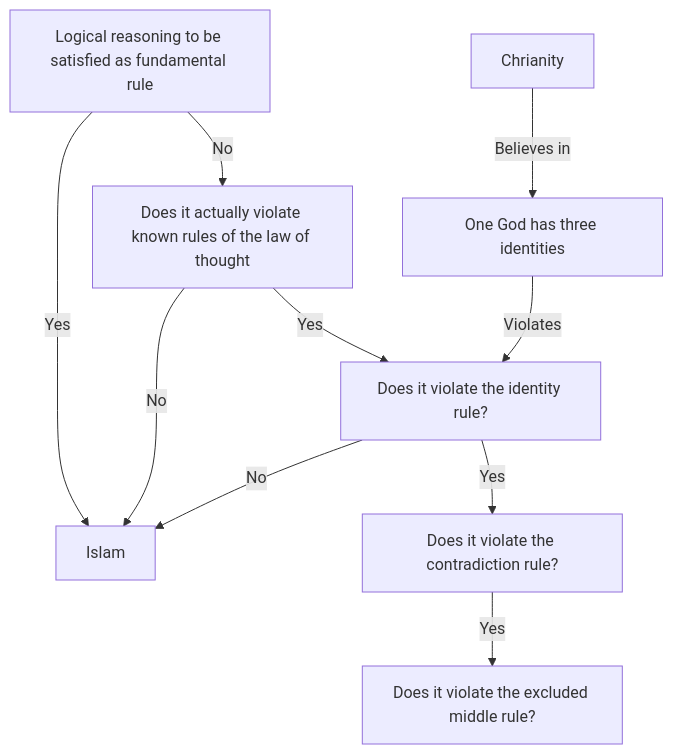
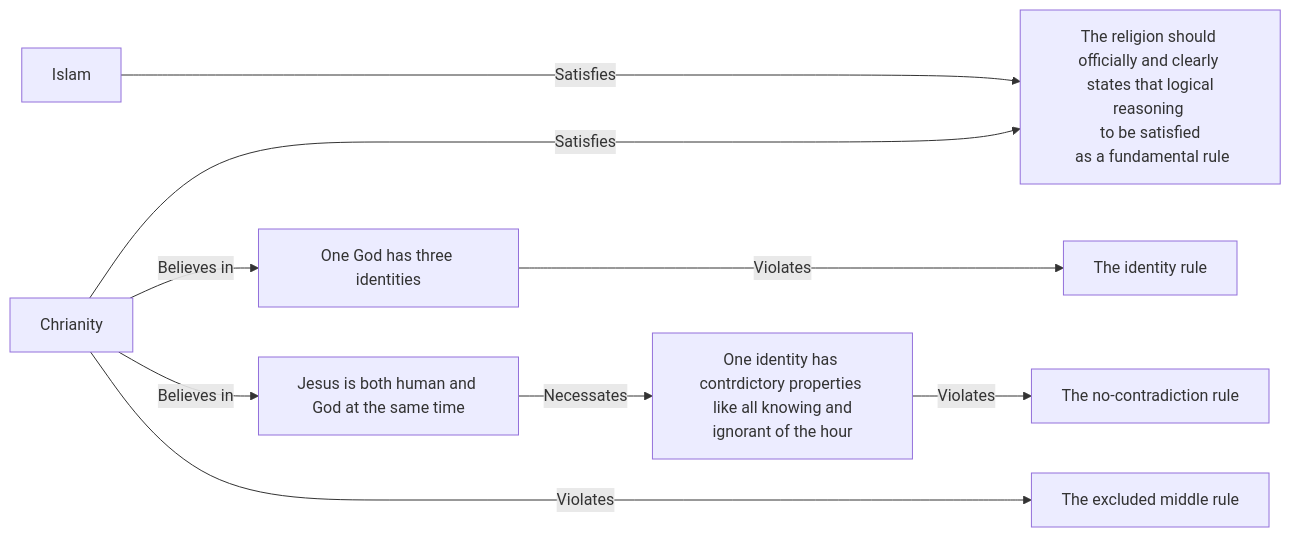
Before and after one commit to amersabag/all-religions-in-10-minutes-logical-version: the diagram in README.md, drawn with Mermaid. The commit also changed other lines of this file, not shown here.

````diff
--- a/README.md
+++ b/README.md
@@ -9,12 +5,16 @@
 ```mermaid
-flowchart TD
-    AA[Logical reasoning to be satisfied as fundamental rule] -- Yes --> Z[Islam]
-    AA -- No --> AB[Does it actually violate known rules of the law of thought]
-    AB -- No --> Z
-    AB -- Yes --> A[Does it violate the identity rule?]
-    A -- Yes --> B[Does it violate the contradiction rule?]
-    A -- No --> Z
-    B -- Yes --> C[Does it violate the excluded middle rule?]
-    CHR[Chrianity] -- Believes in --> CHR1[One God has three identities]
-    CHR1 -- Violates --> A
+flowchart LR
+    ISL[Islam]
+        -- Satisfies ----> OFR[The religion should officially and clearly <br> states that logical reasoning <br> to be satisfied <br> as a fundamental rule]
+    CHR[Chrianity]
+        -- Satisfies ----> OFR
+    CHR
+        -- Believes in --> CHR1[One God has three identities]
+        -- Violates ---> IDR[The identity rule]
+    CHR
+        -- Believes in --> CHR2[Jesus is both human and God at the same time]
+        -- Necessates --> CHR3[One identity has contrdictory properties <br> like all knowing and ignorant of the hour]
+        -- Violates --> NCR[The no-contradiction rule]
+    CHR
+        -- Violates ----> EMR[The excluded middle rule]
 ```
````
